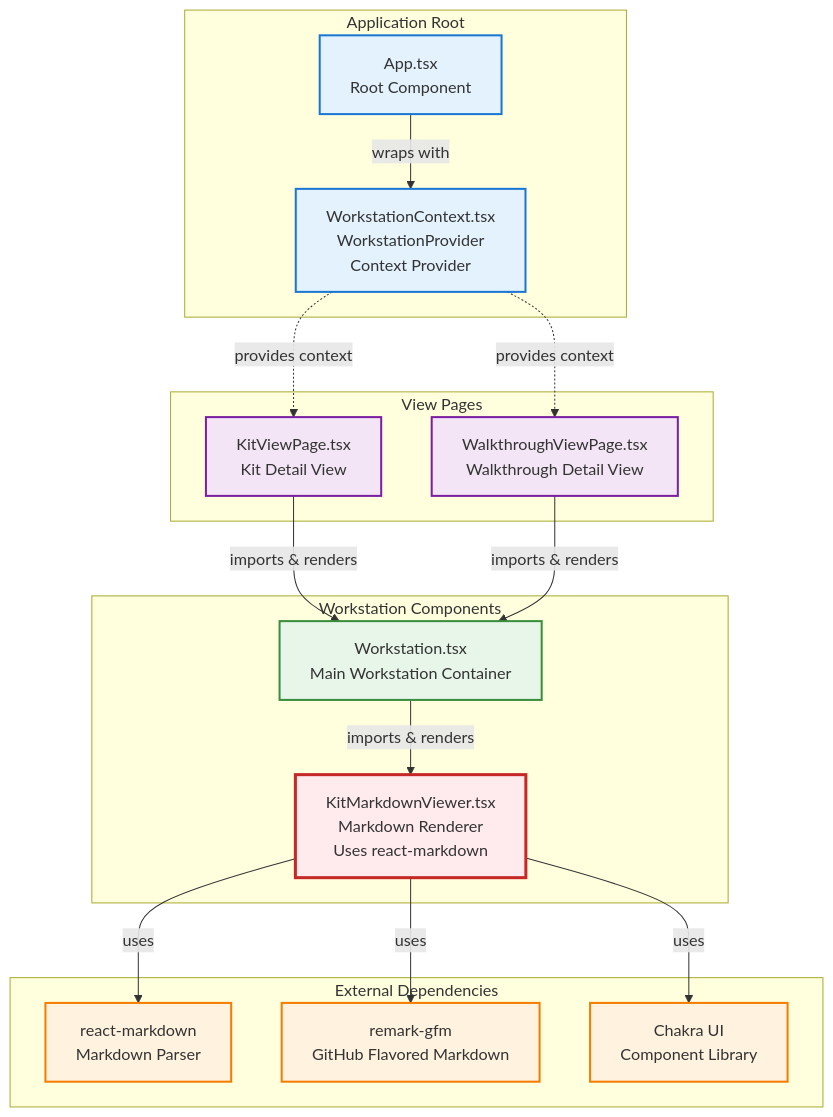
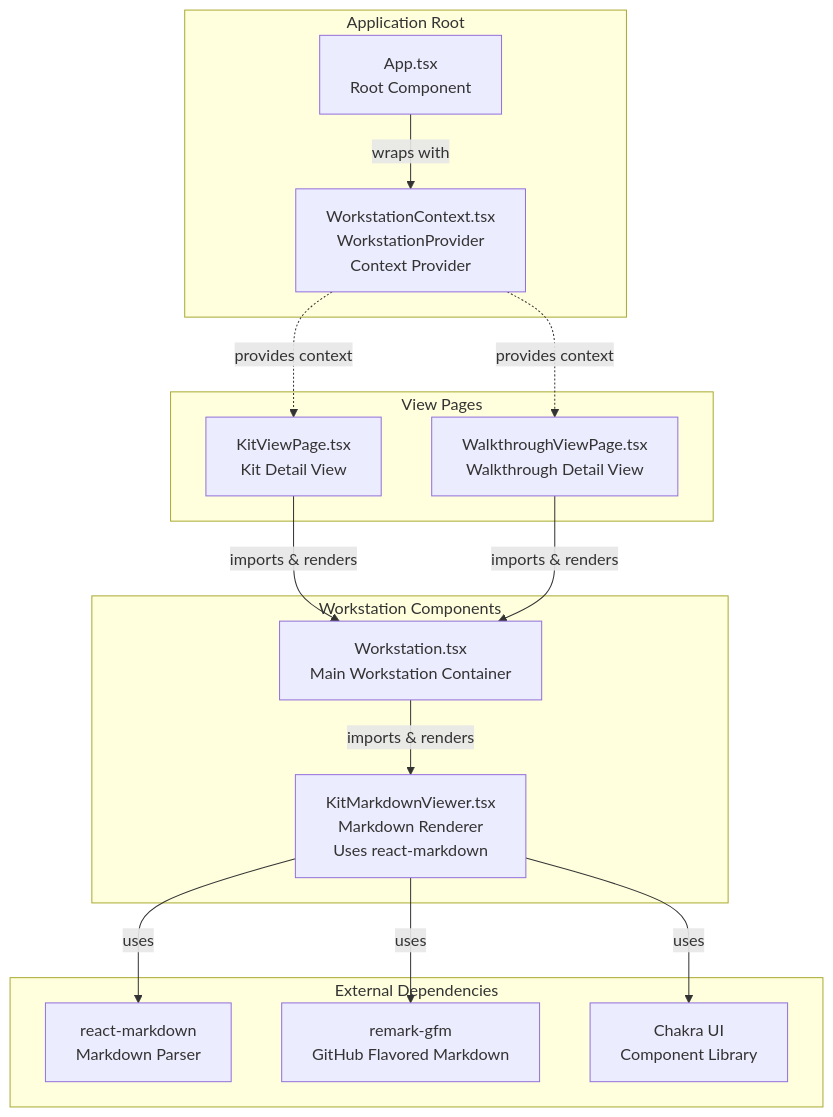
The diagram in .bluekit/diagrams/kit-markdown-viewer-imports.mmd (stephan-chiorean/blueKit), drawn with Mermaid before and after one commit. The commit also changed other lines of this file and 13 other files, not shown here.

First line of the commit message:
Refactor diagram color system: use array-based sequential color assignment

````diff
--- a/.bluekit/diagrams/kit-markdown-viewer-imports.mmd
+++ b/.bluekit/diagrams/kit-markdown-viewer-imports.mmd
@@ -10,55 +16,48 @@
 ```mermaid
 graph TB
     subgraph App_Root["Application Root"]
         App[App.tsx<br/>Root Component]
         WorkstationProvider[WorkstationContext.tsx<br/>WorkstationProvider<br/>Context Provider]
     end
 
     subgraph View_Pages["View Pages"]
         KitViewPage[KitViewPage.tsx<br/>Kit Detail View]
         WalkthroughViewPage[WalkthroughViewPage.tsx<br/>Walkthrough Detail View]
     end
 
     subgraph Workstation_Components["Workstation Components"]
         Workstation[Workstation.tsx<br/>Main Workstation Container]
         KitMarkdownViewer[KitMarkdownViewer.tsx<br/>Markdown Renderer<br/>Uses react-markdown]
     end
 
     subgraph Dependencies["External Dependencies"]
         ReactMarkdown[react-markdown<br/>Markdown Parser]
         RemarkGfm[remark-gfm<br/>GitHub Flavored Markdown]
         ChakraUI[Chakra UI<br/>Component Library]
     end
 
     %% App to Context
     App -->|wraps with| WorkstationProvider
 
     %% Context to View Pages
     WorkstationProvider -.->|provides context| KitViewPage
     WorkstationProvider -.->|provides context| WalkthroughViewPage
 
     %% View Pages to Workstation
     KitViewPage -->|imports & renders| Workstation
     WalkthroughViewPage -->|imports & renders| Workstation
 
     %% Workstation to Markdown Viewer
     Workstation -->|imports & renders| KitMarkdownViewer
 
     %% Markdown Viewer Dependencies
     KitMarkdownViewer -->|uses| ReactMarkdown
     KitMarkdownViewer -->|uses| RemarkGfm
     KitMarkdownViewer -->|uses| ChakraUI
 
-    %% Styling
-    classDef app fill:#e3f2fd,stroke:#1976d2,stroke-width:2px
-    classDef page fill:#f3e5f5,stroke:#7b1fa2,stroke-width:2px
-    classDef component fill:#e8f5e9,stroke:#388e3c,stroke-width:2px
-    classDef dependency fill:#fff3e0,stroke:#f57c00,stroke-width:2px
-    classDef target fill:#ffebee,stroke:#c62828,stroke-width:3px
-
     class App,WorkstationProvider app
     class KitViewPage,WalkthroughViewPage page
     class Workstation component
     class KitMarkdownViewer target
     class ReactMarkdown,RemarkGfm,ChakraUI dependency
 ```
````
